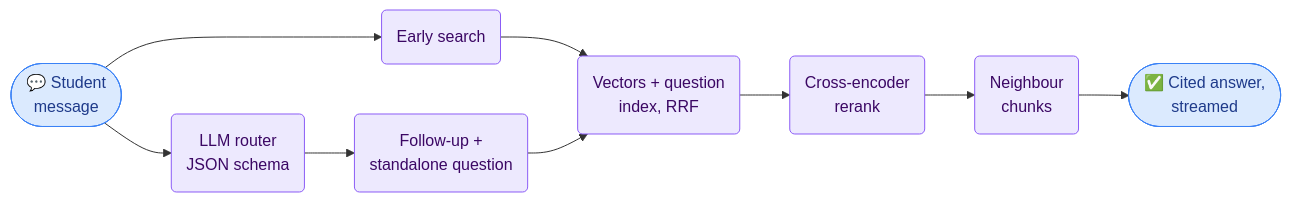
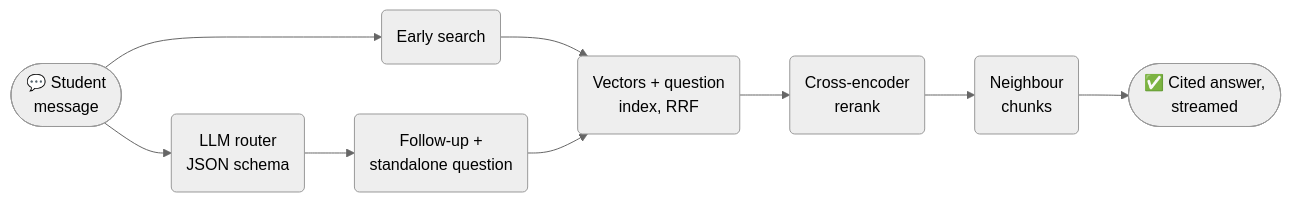
Before and after one commit to Soroush-porhonar/Daneshjoyar: the second of 2 diagrams in README.md, drawn with Mermaid. The commit also changed other lines of this file, not shown here.

Commit message:
README: diagrams in Mermaid's neutral theme

````diff
--- a/README.md
+++ b/README.md
@@ -68,15 +63,12 @@
 ```mermaid
+%%{init: {"theme": "neutral"}}%%
 flowchart LR
   A([💬 Student<br>message]) --> B(LLM router<br>JSON schema)
   A --> C(Early search)
   B --> D(Follow-up +<br>standalone question)
   C --> E(Vectors + question<br>index, RRF)
   D --> E
   E --> F(Cross-encoder<br>rerank)
   F --> G(Neighbour<br>chunks)
   G --> H([✅ Cited answer,<br>streamed])
-  classDef io fill:#dbeafe,stroke:#3b82f6,color:#1e3a8a
-  classDef step fill:#ede9fe,stroke:#8b5cf6,color:#3b0764
-  class A,H io
-  class B,C,D,E,F,G step
 ```
````
